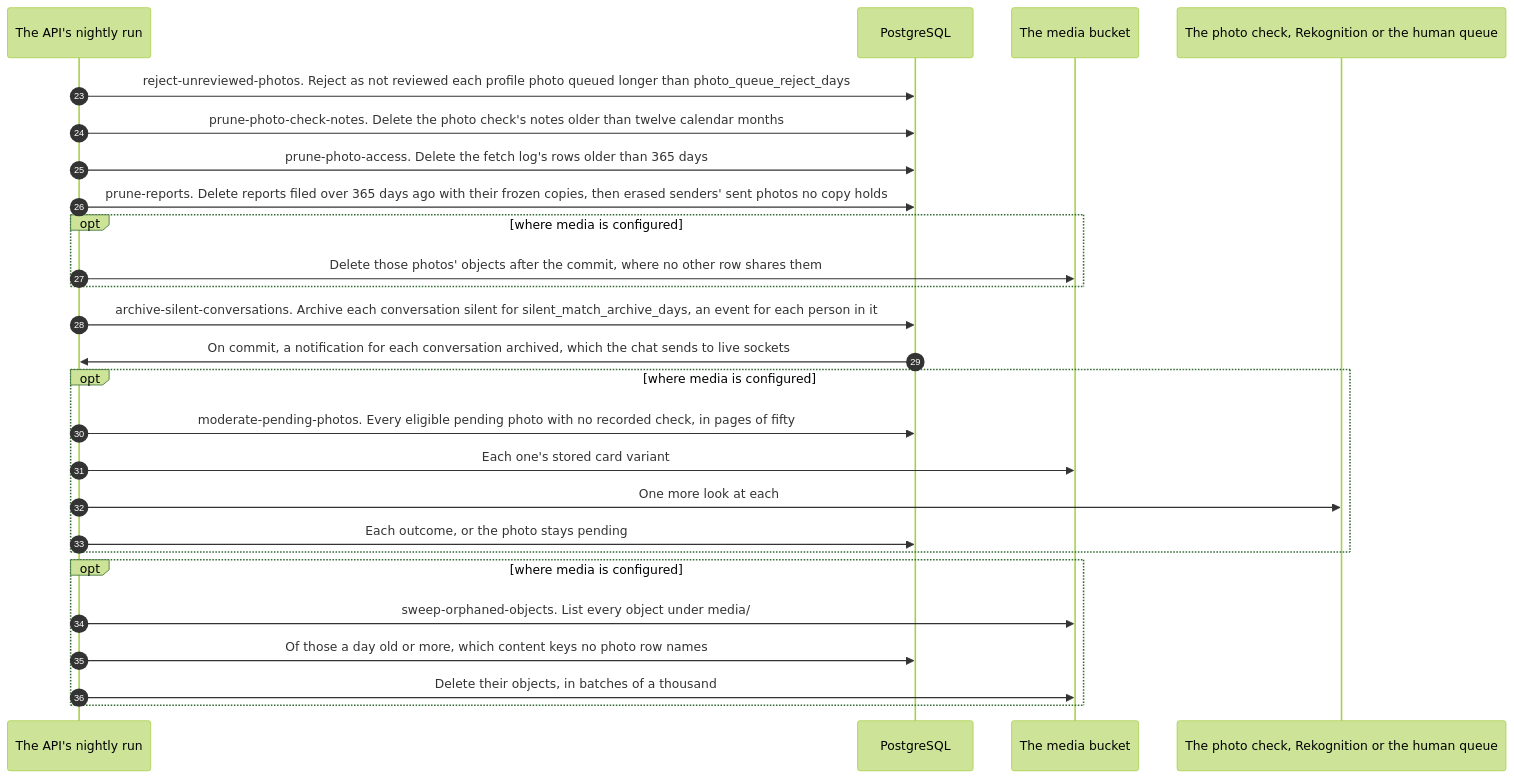
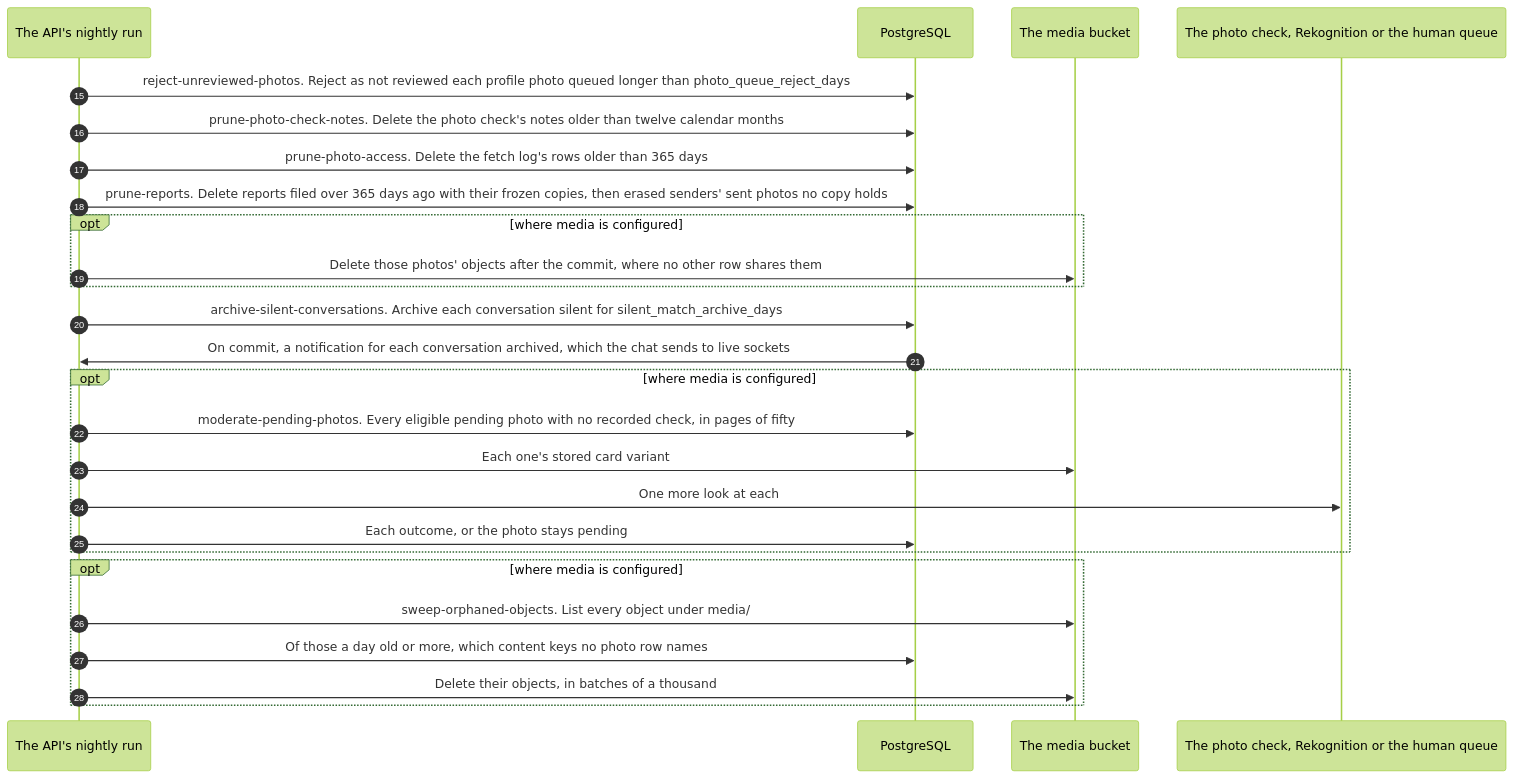
One commit to kuutti-ry/kumpa-app changed the fourth of 4 diagrams in docs/architecture/sequence-night.md. Above: the diagram before and after it, drawn with Mermaid (forest theme). The commit also changed other lines of this file and 280 other files, not shown here.

````diff
--- a/docs/architecture/sequence-night.md
+++ b/docs/architecture/sequence-night.md
@@ -135,30 +111,30 @@
 ```mermaid
 sequenceDiagram
   accTitle: The night's jobs, part 4: photos, reports and silent conversations
   accDescr: Profile photos nobody decided in time are rejected as not reviewed. Last, the sweep deletes the objects under media/ that are a day old or more and that no photo row names. The photo check's notes, the fetch log's rows past a year and the reports past twelve months are deleted, and with the reports the sent photos of erased people that no copy holds any more, objects included. Silent conversations are archived, and the chat tells the open sockets. Where media is configured, photos the automatic check missed get one more look.
-  autonumber 23
+  autonumber 15
   participant api as The API's nightly run
   participant db as PostgreSQL
   participant bucket as The media bucket
   participant check as The photo check, Rekognition or the human queue
   api->>db: reject-unreviewed-photos. Reject as not reviewed each profile photo queued longer than photo_queue_reject_days
   api->>db: prune-photo-check-notes. Delete the photo check's notes older than twelve calendar months
   api->>db: prune-photo-access. Delete the fetch log's rows older than 365 days
   api->>db: prune-reports. Delete reports filed over 365 days ago with their frozen copies, then erased senders' sent photos no copy holds
   opt where media is configured
     api->>bucket: Delete those photos' objects after the commit, where no other row shares them
   end
-  api->>db: archive-silent-conversations. Archive each conversation silent for silent_match_archive_days, an event for each person in it
+  api->>db: archive-silent-conversations. Archive each conversation silent for silent_match_archive_days
   db->>api: On commit, a notification for each conversation archived, which the chat sends to live sockets
   opt where media is configured
     api->>db: moderate-pending-photos. Every eligible pending photo with no recorded check, in pages of fifty
     api->>bucket: Each one's stored card variant
     api->>check: One more look at each
     api->>db: Each outcome, or the photo stays pending
   end
   opt where media is configured
     api->>bucket: sweep-orphaned-objects. List every object under media/
     api->>db: Of those a day old or more, which content keys no photo row names
     api->>bucket: Delete their objects, in batches of a thousand
   end
 ```
````
